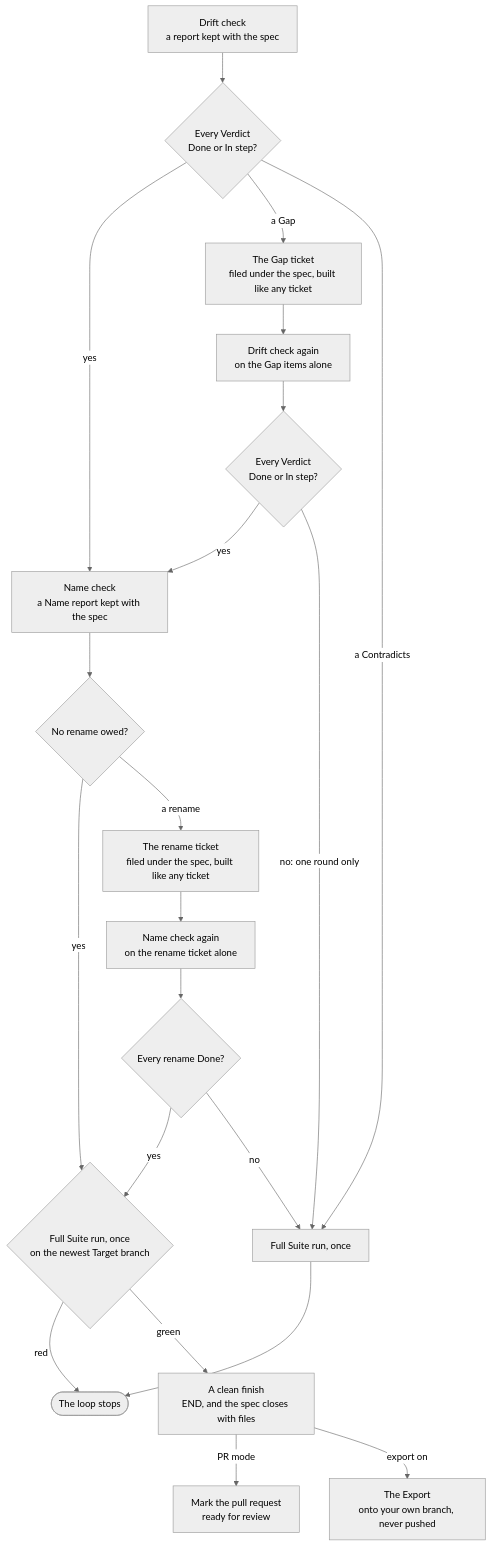
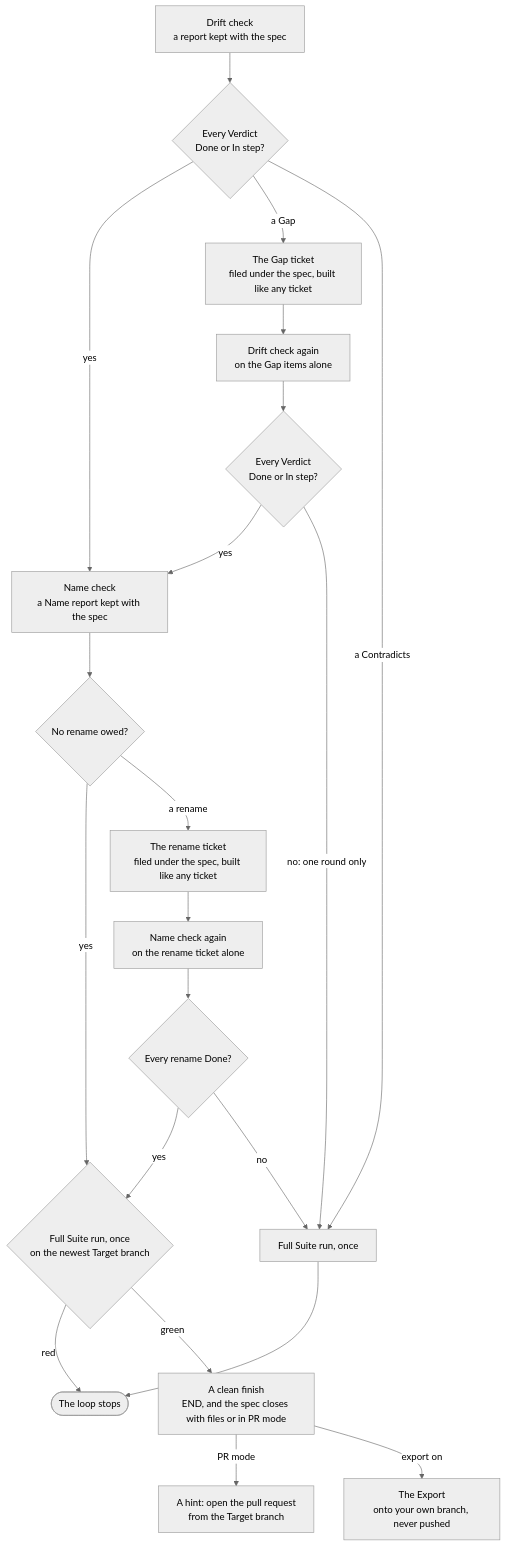
The diagram in docs/usage/the-loop/full-run.md (MalcolmMcNeely/skillworks), drawn with Mermaid (neutral theme) before and after one commit. The commit also changed other lines of this file and 14 other files, not shown here.

First line of the commit message:
In PR mode the loop closes the spec and ends with the open-the-pull-request hint, and marks no pull request ready

````diff
--- a/docs/usage/the-loop/full-run.md
+++ b/docs/usage/the-loop/full-run.md
@@ -31,22 +31,22 @@
 ```mermaid
 flowchart TD
     drift["Drift check<br/>a report kept with the spec"] --> count{"Every Verdict<br/>Done or In step?"}
     count -- yes --> names["Name check<br/>a Name report kept with the spec"]
     count -- "a Gap" --> gaps["The Gap ticket<br/>filed under the spec, built like any ticket"]
     gaps --> recheck["Drift check again<br/>on the Gap items alone"]
     recheck --> recount{"Every Verdict<br/>Done or In step?"}
     recount -- yes --> names
     recount -- "no: one round only" --> last
     names --> renamed{"No rename owed?"}
     renamed -- yes --> full{"Full Suite run, once<br/>on the newest Target branch"}
     renamed -- "a rename" --> renames["The rename ticket<br/>filed under the spec, built like any ticket"]
     renames --> namerecheck["Name check again<br/>on the rename ticket alone"]
     namerecheck --> made{"Every rename Done?"}
     made -- yes --> full
     made -- no --> last
     count -- "a Contradicts" --> last["Full Suite run, once"] --> stop(["The loop stops"])
     full -- red --> stop
-    full -- green --> clean["A clean finish<br/>END, and the spec closes with files"]
-    clean -- "PR mode" --> ready["Mark the pull request<br/>ready for review"]
+    full -- green --> clean["A clean finish<br/>END, and the spec closes with files or in PR mode"]
+    clean -- "PR mode" --> hint["A hint: open the pull request<br/>from the Target branch"]
     clean -- "export on" --> export["The Export<br/>onto your own branch, never pushed"]
 ```
````
